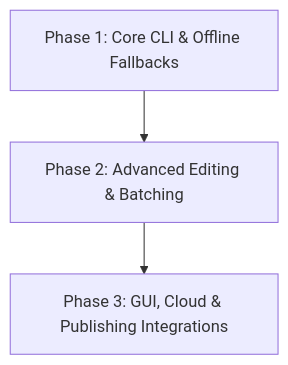
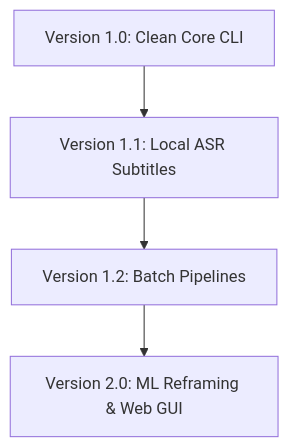
One commit to mohamdbidier/founder-note-toolkit changed the diagram in ROADMAP.md. Above: the diagram before and after it, drawn with Mermaid. The commit also changed other lines of this file and 8 other files, not shown here.

Commit message:
chore: implement audit enhancements, add AUDIT_REPORT.md, update ROADMAP and TODO

````diff
--- a/ROADMAP.md
+++ b/ROADMAP.md
@@ -9,5 +9,6 @@
 ```mermaid
 graph TD
-    Phase1[Phase 1: Core CLI & Offline Fallbacks] --> Phase2[Phase 2: Advanced Editing & Batching]
-    Phase2 --> Phase3[Phase 3: GUI, Cloud & Publishing Integrations]
+    V10[Version 1.0: Clean Core CLI] --> V11[Version 1.1: Local ASR Subtitles]
+    V11 --> V12[Version 1.2: Batch Pipelines]
+    V12 --> V20[Version 2.0: ML Reframing & Web GUI]
 ```
````
